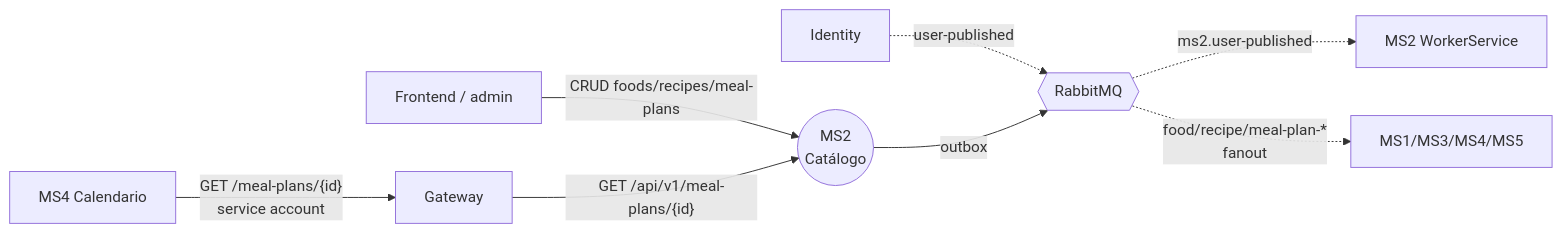
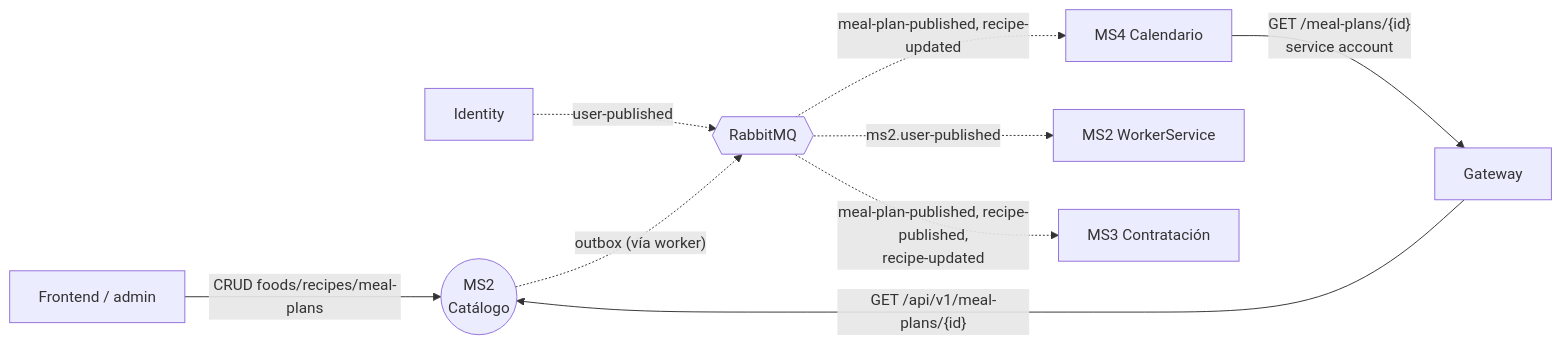
The diagram in services/ms2-catalog/README.md (Nur-tricenter/knowledge), drawn with Mermaid before and after one commit. The commit also changed other lines of this file and 6 other files, not shown here.

````diff
--- a/services/ms2-catalog/README.md
+++ b/services/ms2-catalog/README.md
@@ -43,10 +43,11 @@
 ```mermaid
 flowchart LR
   FE[Frontend / admin] -- "CRUD foods/recipes/meal-plans" --> MS2((MS2<br/>Catálogo))
   MS4[MS4 Calendario] -- "GET /meal-plans/{id}<br/>service account" --> GW[Gateway]
   GW -- "GET /api/v1/meal-plans/{id}" --> MS2
   ID[Identity] -. "user-published" .-> MQ{{RabbitMQ}}
   MQ -. "ms2.user-published" .-> W[MS2 WorkerService]
-  MS2 -- "outbox" --> MQ
-  MQ -. "food/recipe/meal-plan-*<br/>fanout" .-> MSX[MS1/MS3/MS4/MS5]
+  MS2 -. "outbox (vía worker)" .-> MQ
+  MQ -. "meal-plan-published, recipe-published,<br/>recipe-updated" .-> MS3[MS3 Contratación]
+  MQ -. "meal-plan-published, recipe-updated" .-> MS4
 ```
````
